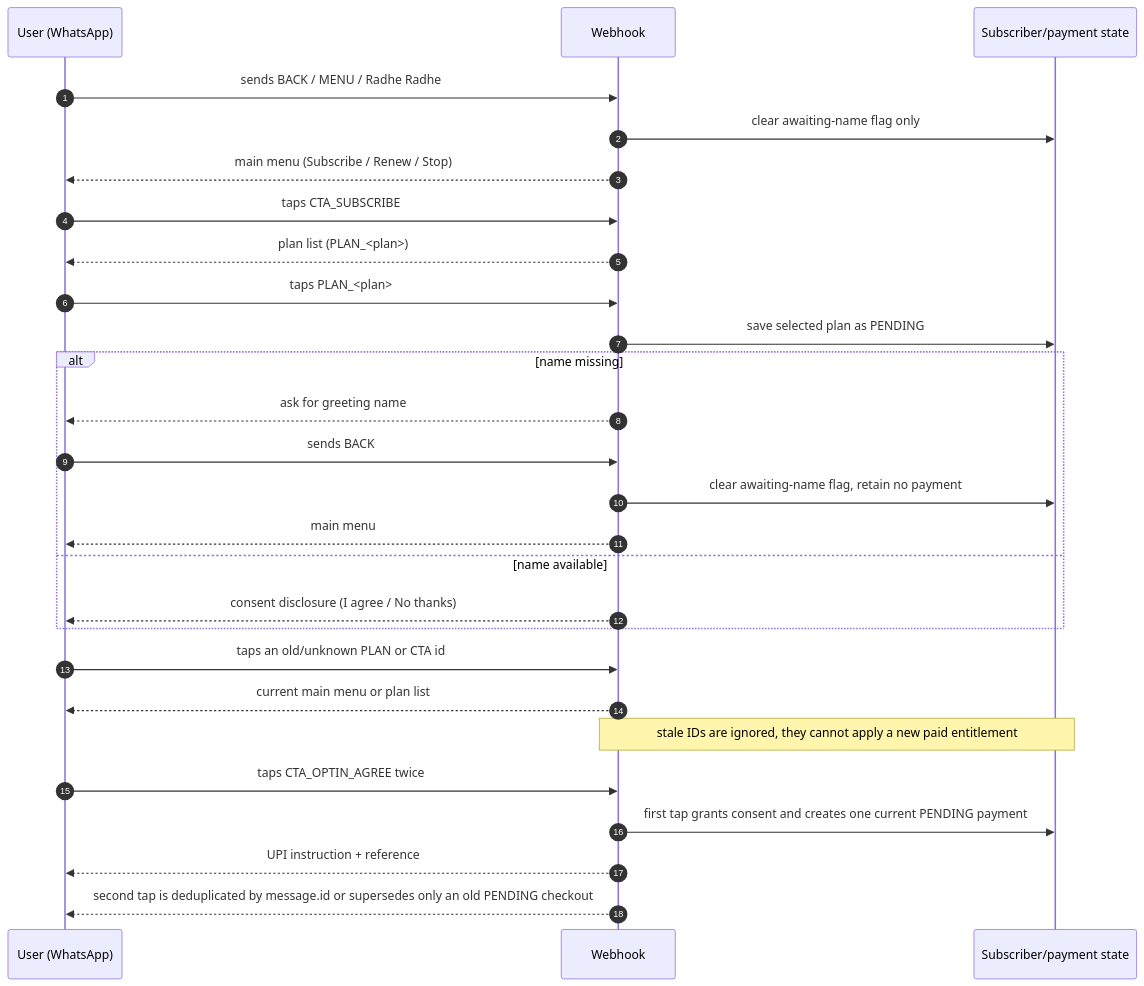
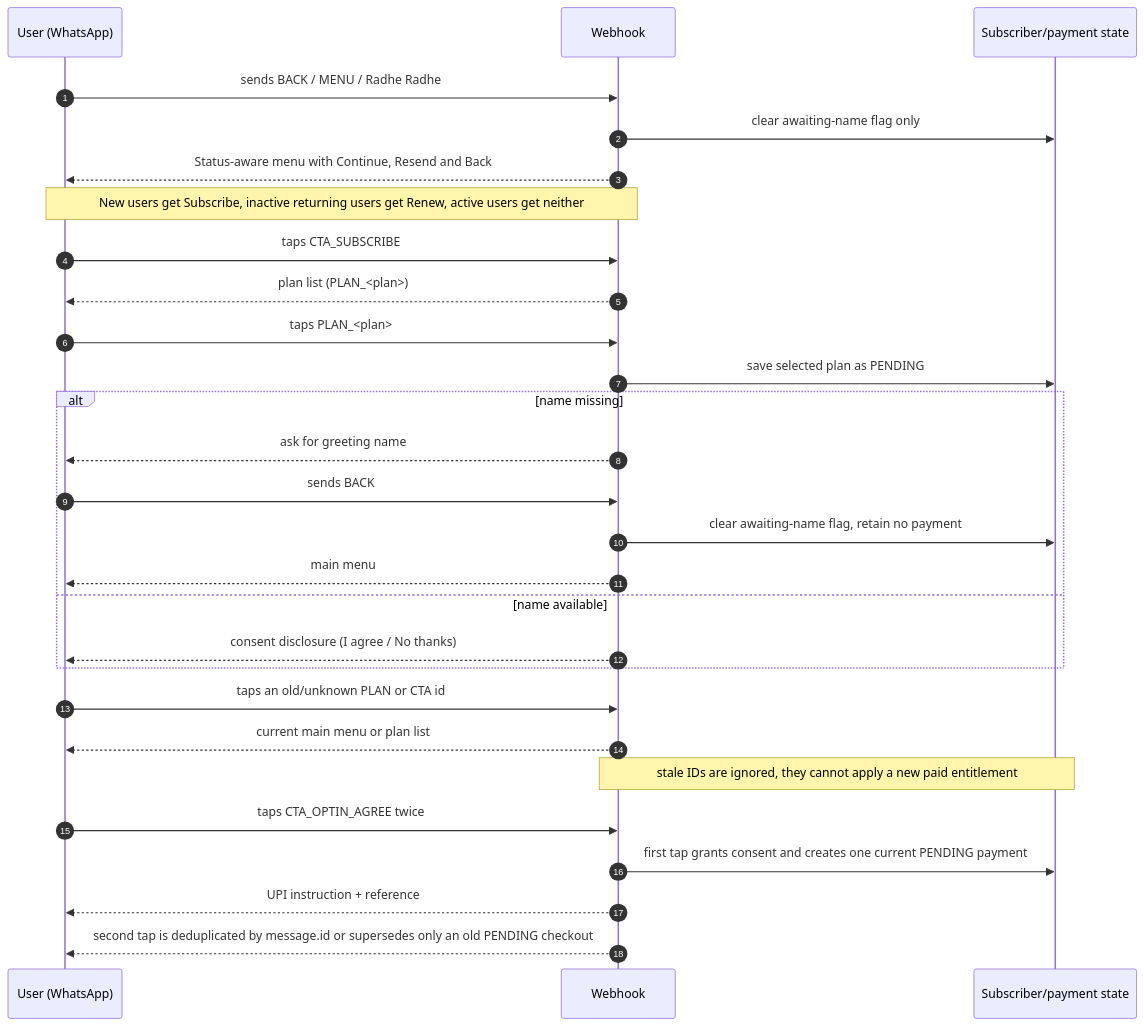
The fourth of 10 diagrams in sequence-diagrams.md (mishnit/daily-darshan), drawn with Mermaid before and after one commit. The commit also changed other lines of this file and 6 other files, not shown here.

Commit message:
Make subscription menus status-aware and clarify UTR acknowledgements

````diff
--- a/sequence-diagrams.md
+++ b/sequence-diagrams.md
@@ -208,33 +208,34 @@
 ```mermaid
 sequenceDiagram
     autonumber
     participant User as User (WhatsApp)
     participant Web as Webhook
     participant State as Subscriber/payment state
 
     User->>Web: sends BACK / MENU / Radhe Radhe
     Web->>State: clear awaiting-name flag only
-    Web-->>User: main menu (Subscribe / Renew / Stop)
+    Web-->>User: Status-aware menu with Continue, Resend and Back
+    Note over Web,User: New users get Subscribe, inactive returning users get Renew, active users get neither
 
     User->>Web: taps CTA_SUBSCRIBE
     Web-->>User: plan list (PLAN_<plan>)
     User->>Web: taps PLAN_<plan>
     Web->>State: save selected plan as PENDING
     alt name missing
         Web-->>User: ask for greeting name
         User->>Web: sends BACK
         Web->>State: clear awaiting-name flag, retain no payment
         Web-->>User: main menu
     else name available
         Web-->>User: consent disclosure (I agree / No thanks)
     end
 
     User->>Web: taps an old/unknown PLAN or CTA id
     Web-->>User: current main menu or plan list
     Note over Web,State: stale IDs are ignored, they cannot apply a new paid entitlement
 
     User->>Web: taps CTA_OPTIN_AGREE twice
     Web->>State: first tap grants consent and creates one current PENDING payment
     Web-->>User: UPI instruction + reference
     Web-->>User: second tap is deduplicated by message.id or supersedes only an old PENDING checkout
 ```
````
